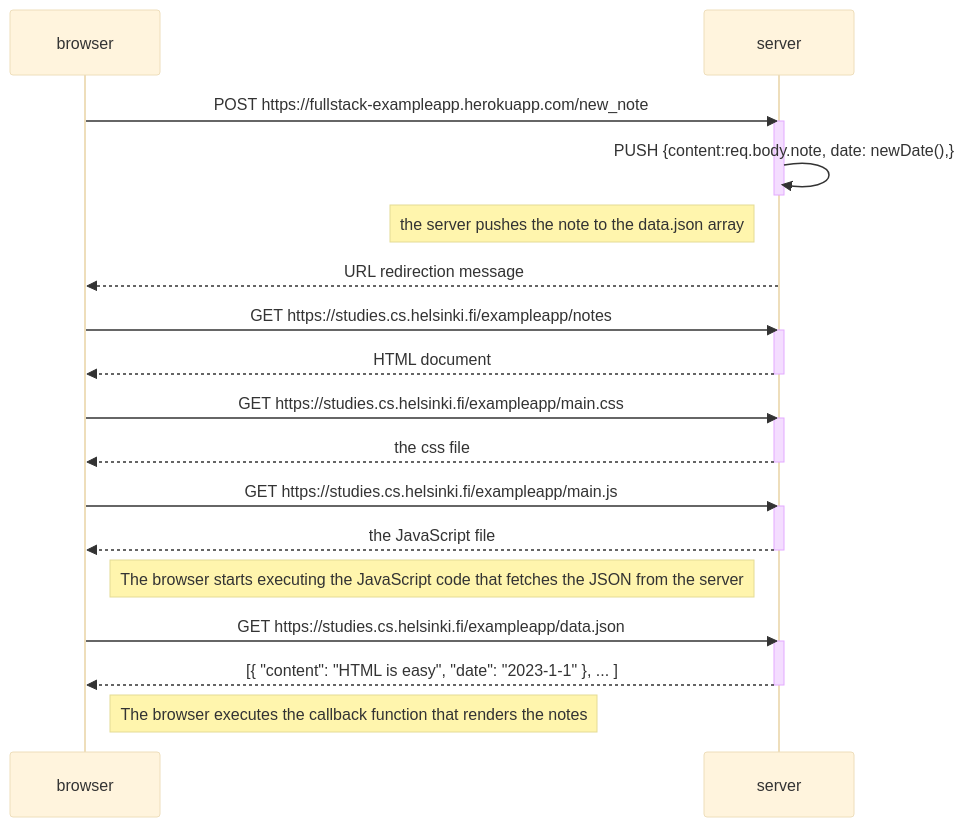
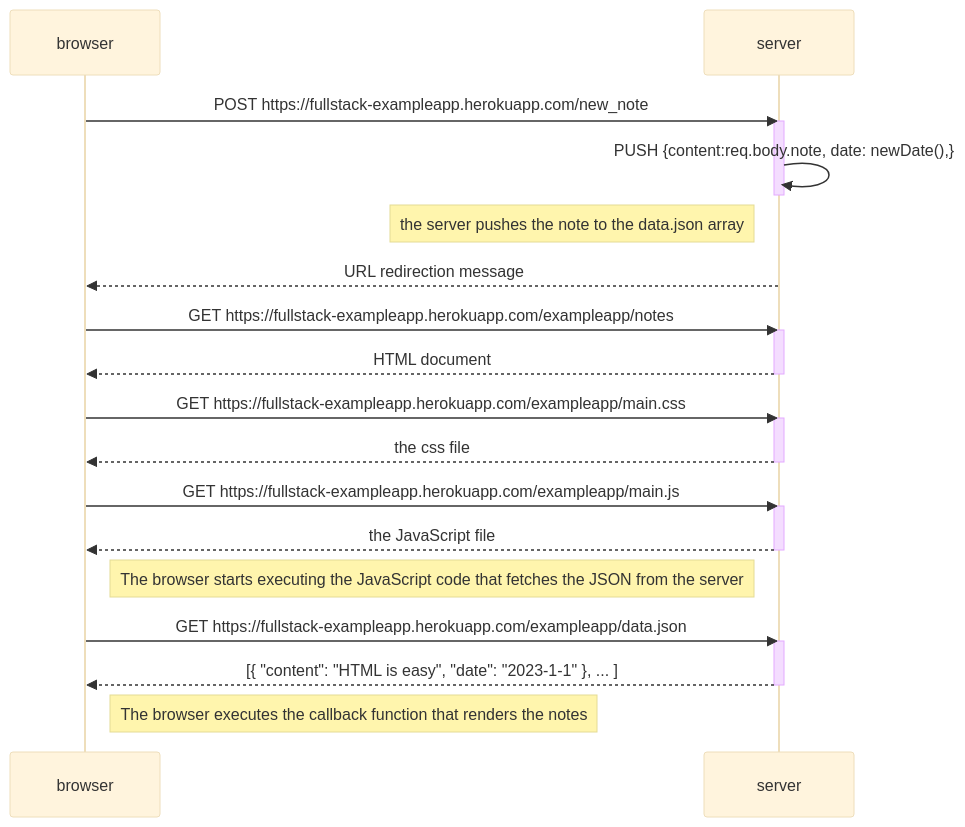
One commit to aaronw122/fullstackopen changed the diagram in part0/exercise4.md. Above: the diagram before and after it, drawn with Mermaid (base theme). The commit also changed 1 other file, not shown here.

Commit message:
quick fix for first exercise

````diff
--- a/part0/exercise4.md
+++ b/part0/exercise4.md
@@ -1,40 +1,40 @@
 ```mermaid
 
 sequenceDiagram
     participant browser
     participant server
 
     browser->>server: POST https://fullstack-exampleapp.herokuapp.com/new_note
     activate server
     server->>server: PUSH {content:req.body.note, date: newDate(),}
     deactivate server
 
     note left of server: the server pushes the note to the data.json array
 
     server-->>browser: URL redirection message
 
-    browser->>server: GET https://studies.cs.helsinki.fi/exampleapp/notes
+    browser->>server: GET https://fullstack-exampleapp.herokuapp.com/exampleapp/notes
     activate server
     server-->>browser: HTML document
     deactivate server
 
-    browser->>server: GET https://studies.cs.helsinki.fi/exampleapp/main.css
+    browser->>server: GET https://fullstack-exampleapp.herokuapp.com/exampleapp/main.css
     activate server
     server-->>browser: the css file
     deactivate server
 
-    browser->>server: GET https://studies.cs.helsinki.fi/exampleapp/main.js
+    browser->>server: GET https://fullstack-exampleapp.herokuapp.com/exampleapp/main.js
     activate server
     server-->>browser: the JavaScript file
     deactivate server
 
     Note right of browser: The browser starts executing the JavaScript code that fetches the JSON from the server
 
-    browser->>server: GET https://studies.cs.helsinki.fi/exampleapp/data.json
+    browser->>server: GET https://fullstack-exampleapp.herokuapp.com/exampleapp/data.json
     activate server
     server-->>browser: [{ "content": "HTML is easy", "date": "2023-1-1" }, ... ]
     deactivate server
 
     Note right of browser: The browser executes the callback function that renders the notes
 
 ```
````
